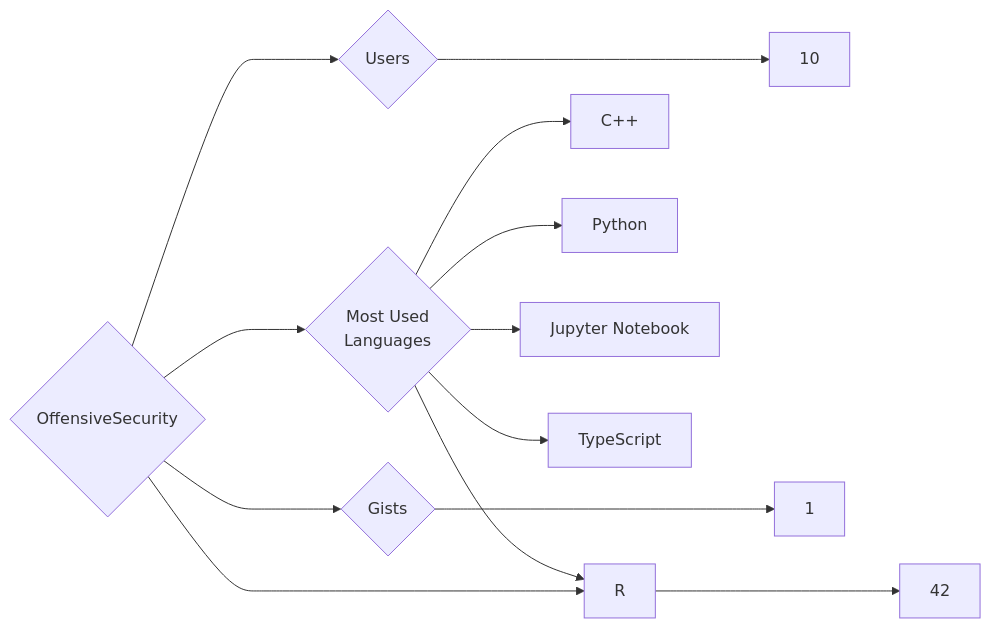
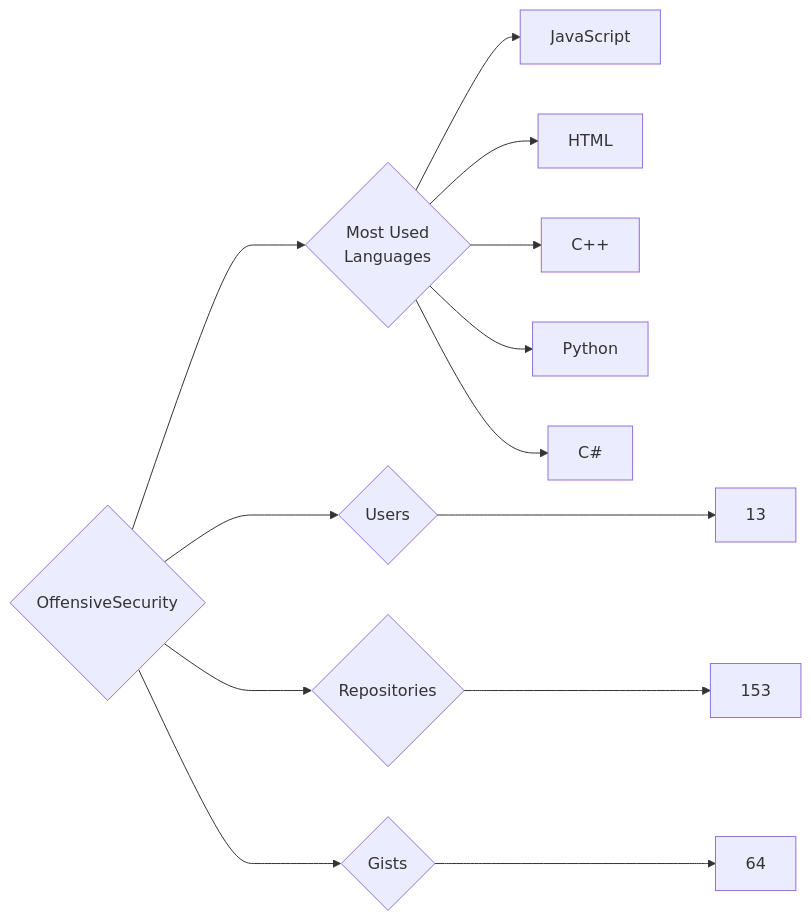
One commit to trickest/insiders changed the diagram in targets/OffensiveSecurity/README.md. Above: the diagram before and after it, drawn with Mermaid. The commit also changed 1508 other files, not shown here.

````diff
--- a/targets/OffensiveSecurity/README.md
+++ b/targets/OffensiveSecurity/README.md
@@ -3,13 +3,13 @@
 ```mermaid
 graph LR
 COMPANY_NAME{OffensiveSecurity}
-COMPANY_NAME ---> U{Users} ---> UN[10]
-COMPANY_NAME ---> R{Repositories} ---> RN[42]
-COMPANY_NAME ---> G{Gists} ---> GN[1]
+COMPANY_NAME ---> U{Users} ---> UN[13]
+COMPANY_NAME ---> R{Repositories} ---> RN[153]
+COMPANY_NAME ---> G{Gists} ---> GN[64]
 COMPANY_NAME ---> ML{Most Used<br>Languages}
+ML --> JavaScript[JavaScript]
+ML --> HTML[HTML]
 ML --> C++[C++]
 ML --> Python[Python]
-ML --> Jupyter_Notebook[Jupyter Notebook]
-ML --> TypeScript[TypeScript]
-ML --> R[R]
+ML --> C#[C#]
 ```
````
